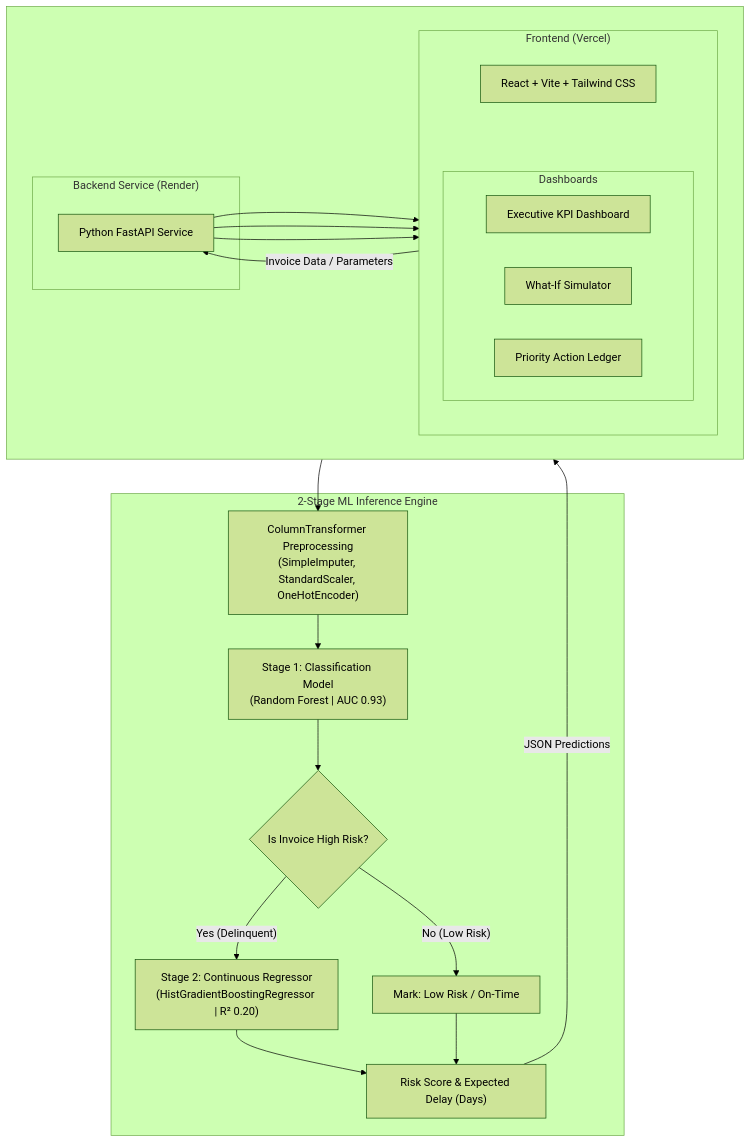
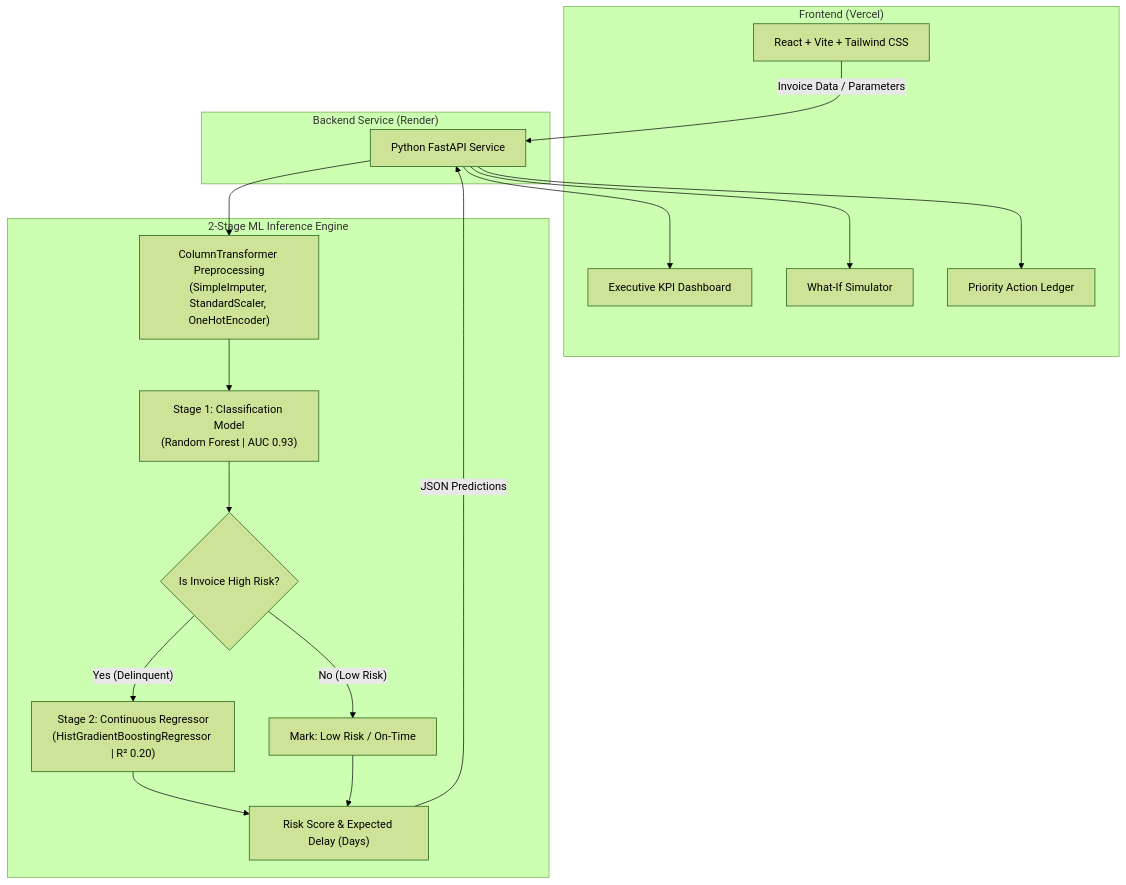
The diagram in README.md (sajesh-nair/accounts_receivable), drawn with Mermaid (forest theme) before and after one commit.

Commit message:
Refactor architecture flow diagram in README

````diff
--- a/README.md
+++ b/README.md
@@ -12,48 +12,38 @@
 ```mermaid
-flowchart TB
-    subgraph TopRow [" "]
-        direction LR
-        
-        subgraph API ["Backend Service (Render)"]
-            FastAPI["Python FastAPI Service"]
-        end
+flowchart TD
+    subgraph Client ["Frontend (Vercel)"]
+        UI["React + Vite + Tailwind CSS"]
+        KPI["Executive KPI Dashboard"]
+        Sim["What-If Simulator"]
+        Ledger["Priority Action Ledger"]
+    end
 
-        subgraph Client ["Frontend (Vercel)"]
-            direction TB
-            UI["React + Vite + Tailwind CSS"]
-            
-            subgraph Dashboards ["Dashboards"]
-                direction LR
-                KPI["Executive KPI Dashboard"]
-                Sim["What-If Simulator"]
-                Ledger["Priority Action Ledger"]
-            end
-            UI ~~~ Dashboards
-        end
+    subgraph API ["Backend Service (Render)"]
+        FastAPI["Python FastAPI Service"]
     end
 
     subgraph Engine ["2-Stage ML Inference Engine"]
         Preproc["ColumnTransformer Preprocessing<br/>(SimpleImputer, StandardScaler, OneHotEncoder)"]
         Stage1["Stage 1: Classification Model<br/>(Random Forest | AUC 0.93)"]
         Filter{"Is Invoice High Risk?"}
-        
         Stage2["Stage 2: Continuous Regressor<br/>(HistGradientBoostingRegressor | R² 0.20)"]
         OnTime["Mark: Low Risk / On-Time"]
-        
         Outputs["Risk Score & Expected Delay (Days)"]
-
-        Preproc --> Stage1 --> Filter
-        Filter -->|"Yes (Delinquent)"| Stage2
-        Filter -->|"No (Low Risk)"| OnTime
-        Stage2 --> Outputs
-        OnTime --> Outputs
     end
 
     UI -->|"Invoice Data / Parameters"| FastAPI
     FastAPI --> Preproc
+    Preproc --> Stage1
+
+    Stage1 --> Filter
+    Filter -->|"No (Low Risk)"| OnTime
+    Filter -->|"Yes (Delinquent)"| Stage2
+
+    Stage2 --> Outputs
+    OnTime --> Outputs
     Outputs -->|"JSON Predictions"| FastAPI
-    
+
     FastAPI --> KPI
     FastAPI --> Sim
     FastAPI --> Ledger
 ```
````
